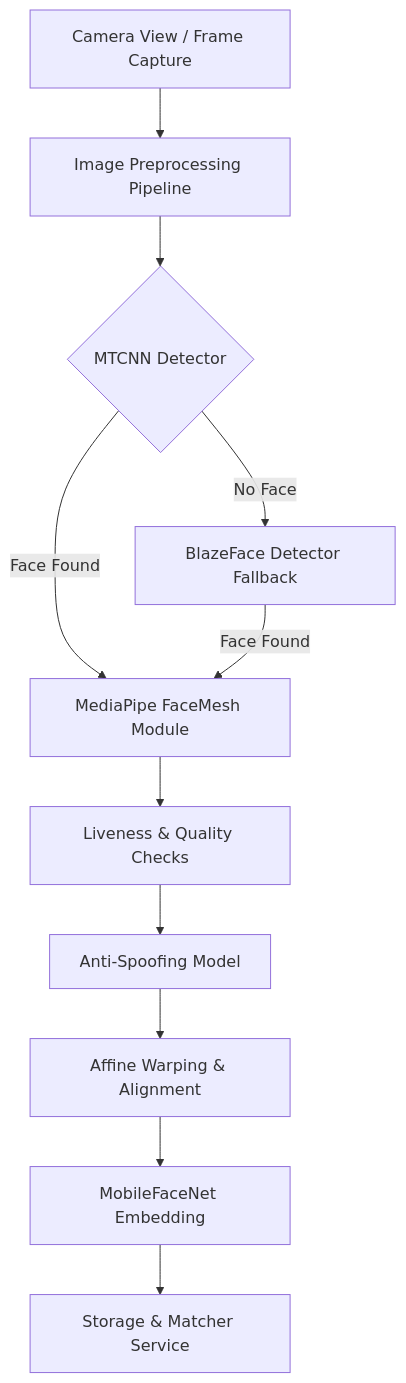
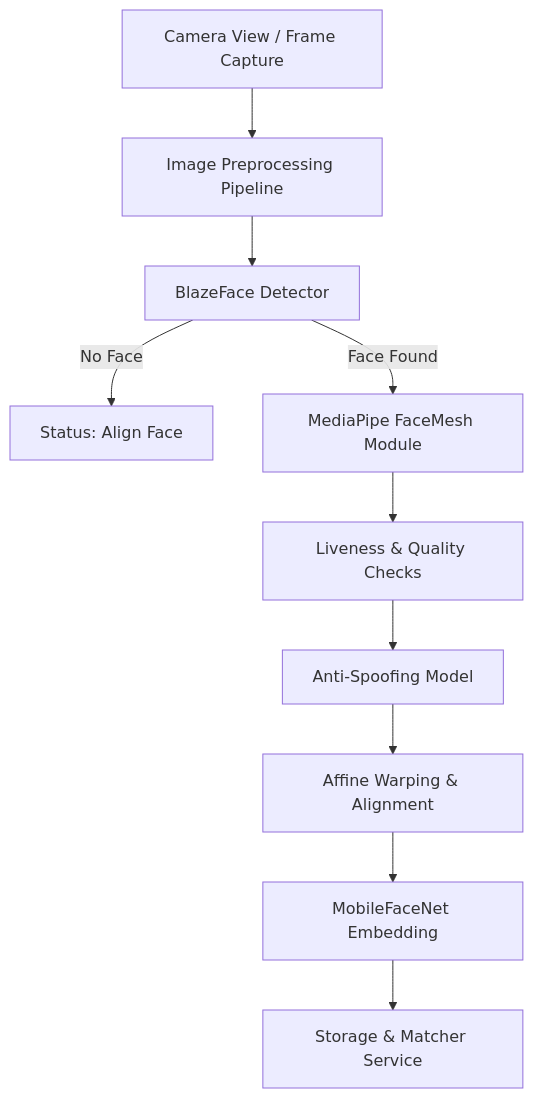
One commit to ankith2409-web/BIOMETRIC_scanner changed the diagram in ARCHITECTURE.md. Above: the diagram before and after it, drawn with Mermaid. The commit also changed other lines of this file and 16 other files, not shown here.

````diff
--- a/ARCHITECTURE.md
+++ b/ARCHITECTURE.md
@@ -11,13 +11,12 @@
 ```mermaid
 graph TD
     A[Camera View / Frame Capture] --> B[Image Preprocessing Pipeline]
-    B --> C{MTCNN Detector}
-    C -- "No Face" --> D[BlazeFace Detector Fallback]
+    B --> C[BlazeFace Detector]
+    C -- "No Face" --> D[Status: Align Face]
     C -- "Face Found" --> E[MediaPipe FaceMesh Module]
-    D -- "Face Found" --> E
     E --> F[Liveness & Quality Checks]
     F --> G[Anti-Spoofing Model]
     G --> H[Affine Warping & Alignment]
     H --> I[MobileFaceNet Embedding]
     I --> J[Storage & Matcher Service]
 ```
````
